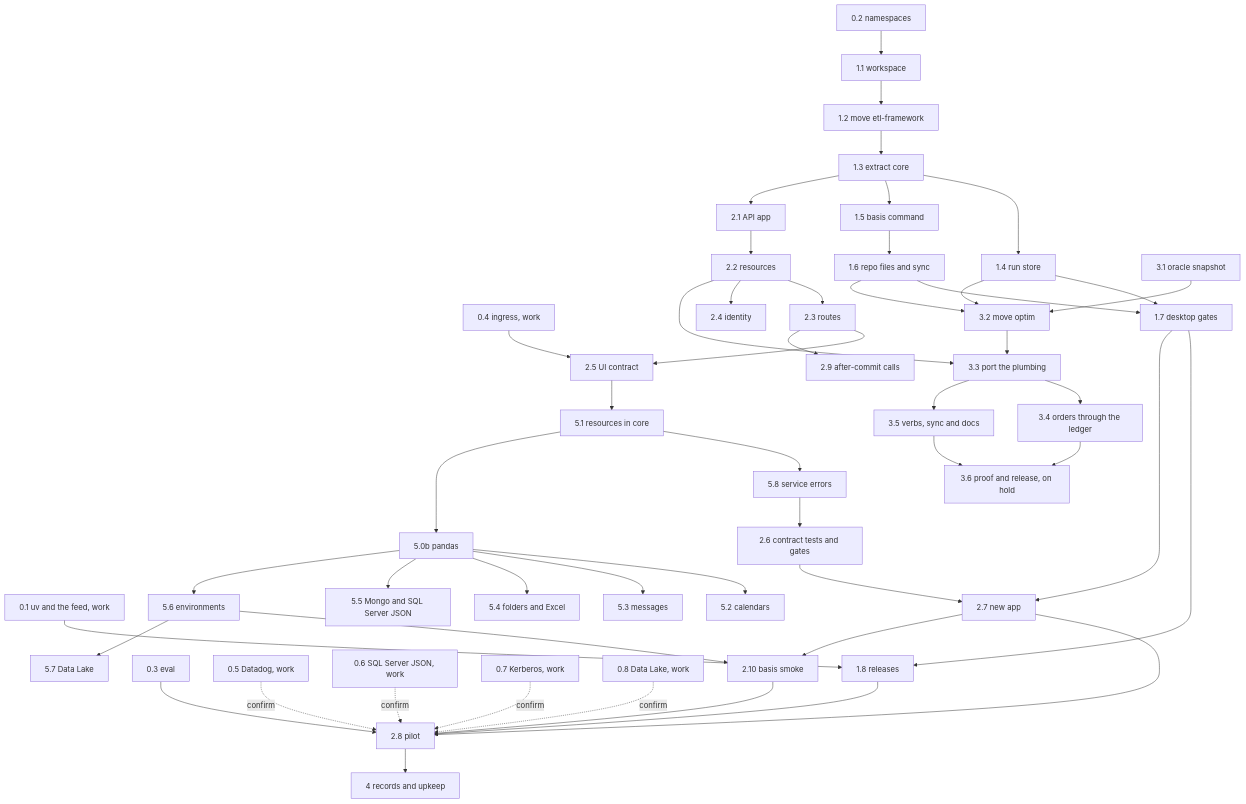
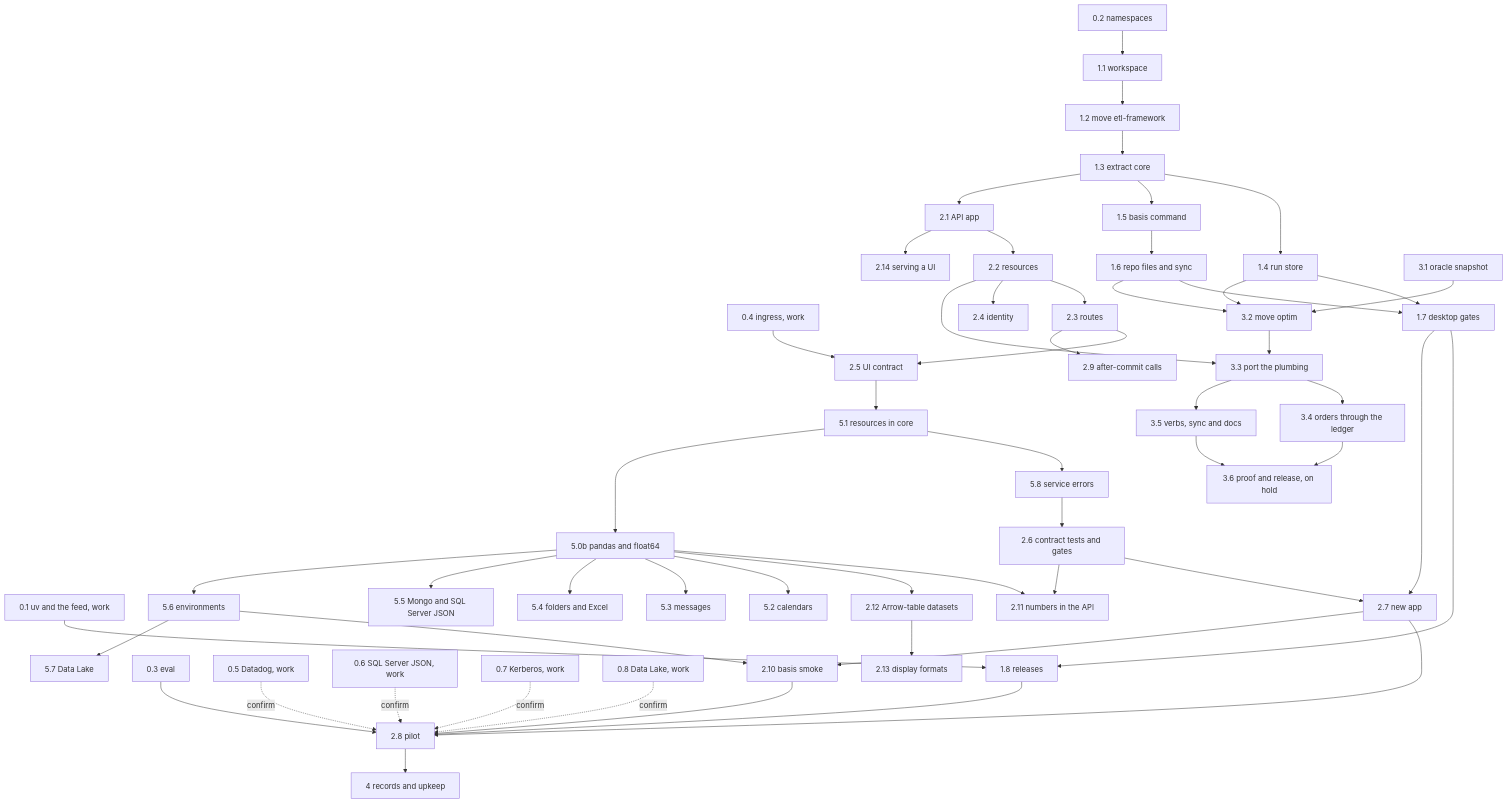
The diagram in docs/roadmap.md (jacobragsdale/basis), drawn with Mermaid before and after one commit. The commit also changed other lines of this file and 2 other files, not shown here.

First line of the commit message:
docs: numbers are float64 from the database to the browser, Arrow-table datasets, display formats, and ctzd as a consumer

````diff
--- a/docs/roadmap.md
+++ b/docs/roadmap.md
@@ -30,36 +31,40 @@
 ```mermaid
 flowchart TD
   s01[0.1 uv and the feed, work] --> r8[1.8 releases]
   s02[0.2 namespaces] --> r1[1.1 workspace]
   s03[0.3 eval] --> a8[2.8 pilot]
   s04[0.4 ingress, work] --> a5[2.5 UI contract]
   s05[0.5 Datadog, work] -. confirm .-> a8
   s06[0.6 SQL Server JSON, work] -. confirm .-> a8
   s07[0.7 Kerberos, work] -. confirm .-> a8
   s08[0.8 Data Lake, work] -. confirm .-> a8
   r1 --> r2[1.2 move etl-framework] --> r3[1.3 extract core]
   r3 --> r4[1.4 run store]
   r3 --> r5[1.5 basis command] --> r6[1.6 repo files and sync] --> r7[1.7 desktop gates]
   r4 --> r7
   r7 --> r8
   r3 --> a1[2.1 API app] --> a2[2.2 resources] --> a3[2.3 routes] --> a5 --> c1[5.1 resources in core] --> c8[5.8 service errors] --> a6[2.6 contract tests and gates] --> a7[2.7 new app] --> a8
   a2 --> a4[2.4 identity]
+  a1 --> a14[2.14 serving a UI]
+  a6 --> a11[2.11 numbers in the API]
+  c0 --> a11
+  c0 --> a12[2.12 Arrow-table datasets] --> a13[2.13 display formats]
   a3 --> a9[2.9 after-commit calls]
   r7 --> a7
   r8 --> a8
   a7 --> a10[2.10 basis smoke]
   c6 --> a10
   a10 --> a8
   r4 --> o2[3.2 move optim]
   r6 --> o2
   o1[3.1 oracle snapshot] --> o2 --> o3[3.3 port the plumbing] --> o4[3.4 orders through the ledger] --> o6[3.6 proof and release, on hold]
   a2 --> o3
   o3 --> o5[3.5 verbs, sync and docs] --> o6
   a8 --> g[4 records and upkeep]
-  c1 --> c0[5.0b pandas]
+  c1 --> c0[5.0b pandas and float64]
   c0 --> c2[5.2 calendars]
   c0 --> c3[5.3 messages]
   c0 --> c4[5.4 folders and Excel]
   c0 --> c5[5.5 Mongo and SQL Server JSON]
   c0 --> c6[5.6 environments] --> c7[5.7 Data Lake]
 ```
````
